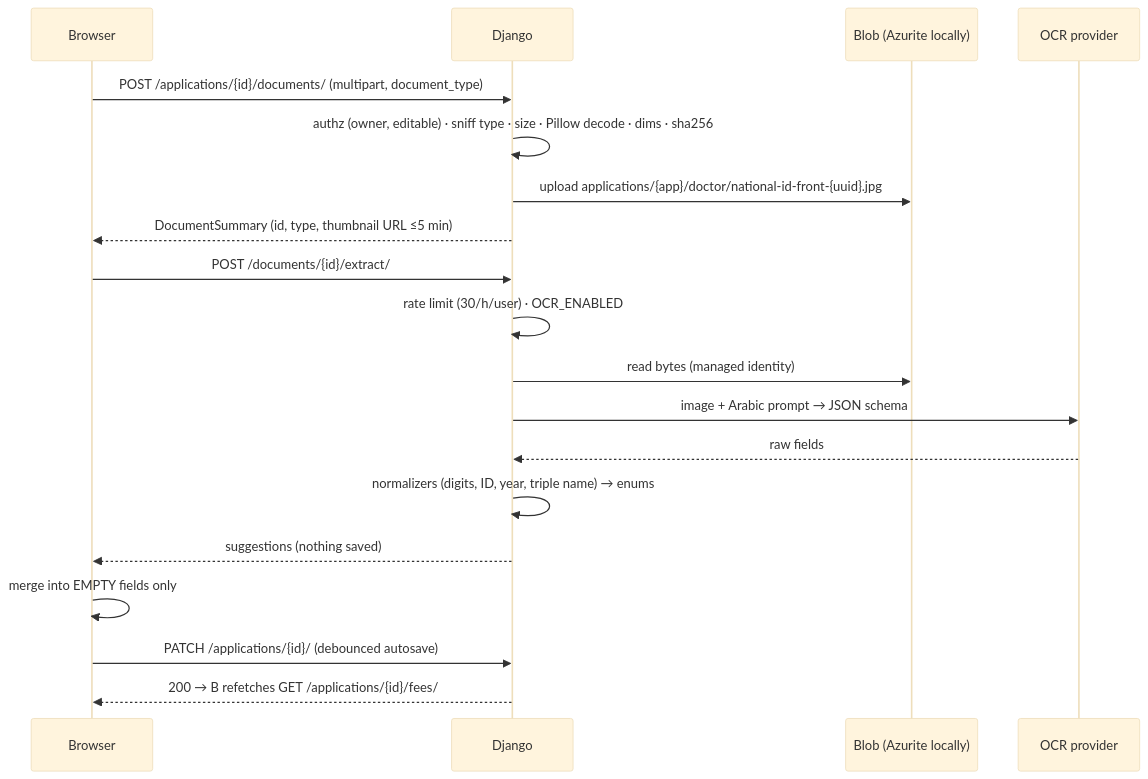
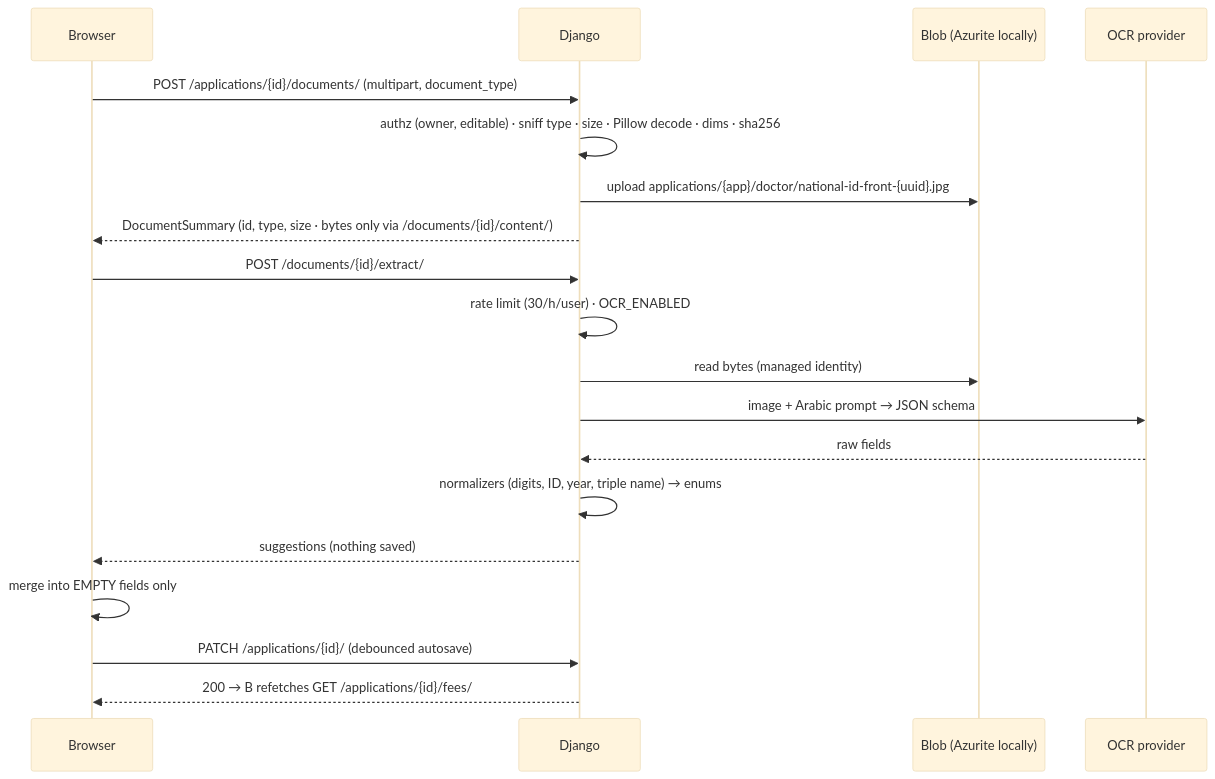
Before and after one commit to amr990719/Medical_App_Azure: the fourth of 8 diagrams in docs/architecture.md, drawn with Mermaid (base theme). The commit also changed other lines of this file and 32 other files, not shown here.

````diff
--- a/docs/architecture.md
+++ b/docs/architecture.md
@@ -116,21 +116,21 @@
 ```mermaid
 sequenceDiagram
     participant B as Browser
     participant DJ as Django
     participant BL as Blob (Azurite locally)
     participant O as OCR provider
     B->>DJ: POST /applications/{id}/documents/ (multipart, document_type)
     DJ->>DJ: authz (owner, editable) · sniff type · size · Pillow decode · dims · sha256
     DJ->>BL: upload applications/{app}/doctor/national-id-front-{uuid}.jpg
-    DJ-->>B: DocumentSummary (id, type, thumbnail URL ≤5 min)
+    DJ-->>B: DocumentSummary (id, type, size · bytes only via /documents/{id}/content/)
     B->>DJ: POST /documents/{id}/extract/
     DJ->>DJ: rate limit (30/h/user) · OCR_ENABLED
     DJ->>BL: read bytes (managed identity)
     DJ->>O: image + Arabic prompt → JSON schema
     O-->>DJ: raw fields
     DJ->>DJ: normalizers (digits, ID, year, triple name) → enums
     DJ-->>B: suggestions (nothing saved)
     B->>B: merge into EMPTY fields only
     B->>DJ: PATCH /applications/{id}/ (debounced autosave)
     DJ-->>B: 200 → B refetches GET /applications/{id}/fees/
 ```
````
